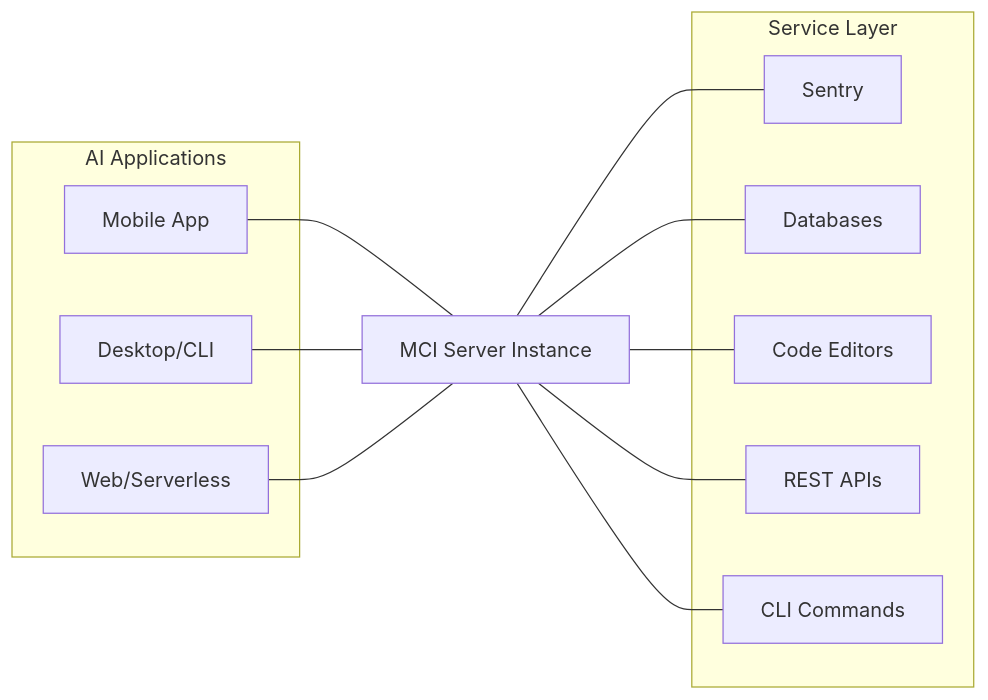
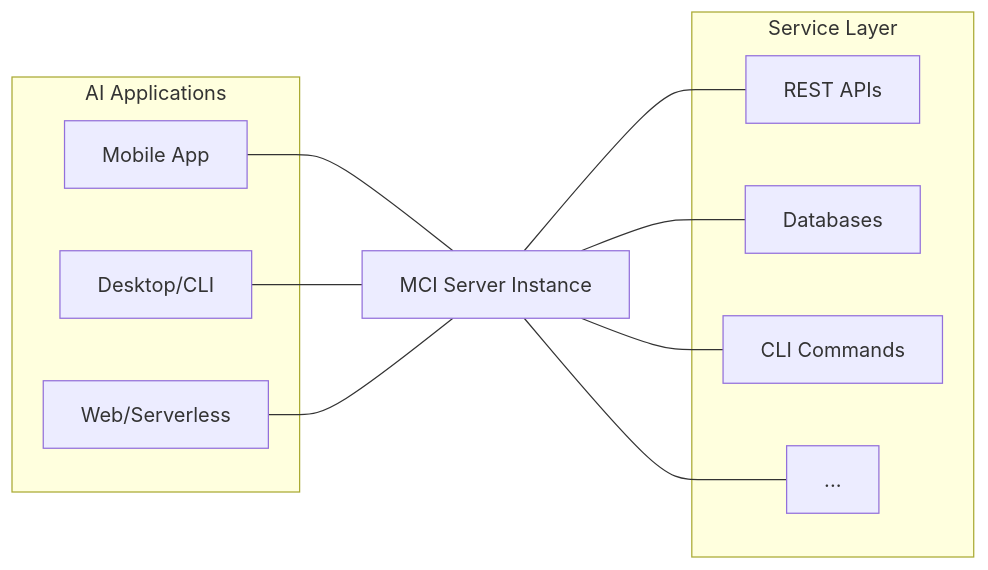
One commit to actelos/cyrnel changed the first of 2 diagrams in docs/content/architecture.mdx. Above: the diagram before and after it, drawn with Mermaid. The commit also changed other lines of this file and 21 other files, not shown here.

First line of the commit message:
docs: rewrite documentation for redesigned architecture

````diff
--- a/docs/content/architecture.mdx
+++ b/docs/content/architecture.mdx
@@ -13,28 +17,26 @@
 ```mermaid
 graph LR
     subgraph Clients [AI Applications]
         C1[Mobile App]
         C2[Desktop/CLI]
         C3[Web/Serverless]
     end
 
     MCI[MCI Server Instance]
 
     subgraph End_Servers [Service Layer]
-        Sentry[Sentry]
+        REST[REST APIs]
         DB[Databases]
-        Editor[Code Editors]
-        REST[REST APIs]
         CLI[CLI Commands]
+        Other[...]
     end
 
     C1 --- MCI
     C2 --- MCI
     C3 --- MCI
 
-    MCI --- Sentry
+    MCI --- REST
     MCI --- DB
-    MCI --- Editor
-    MCI --- REST
     MCI --- CLI
+    MCI --- Other
 ```
````
